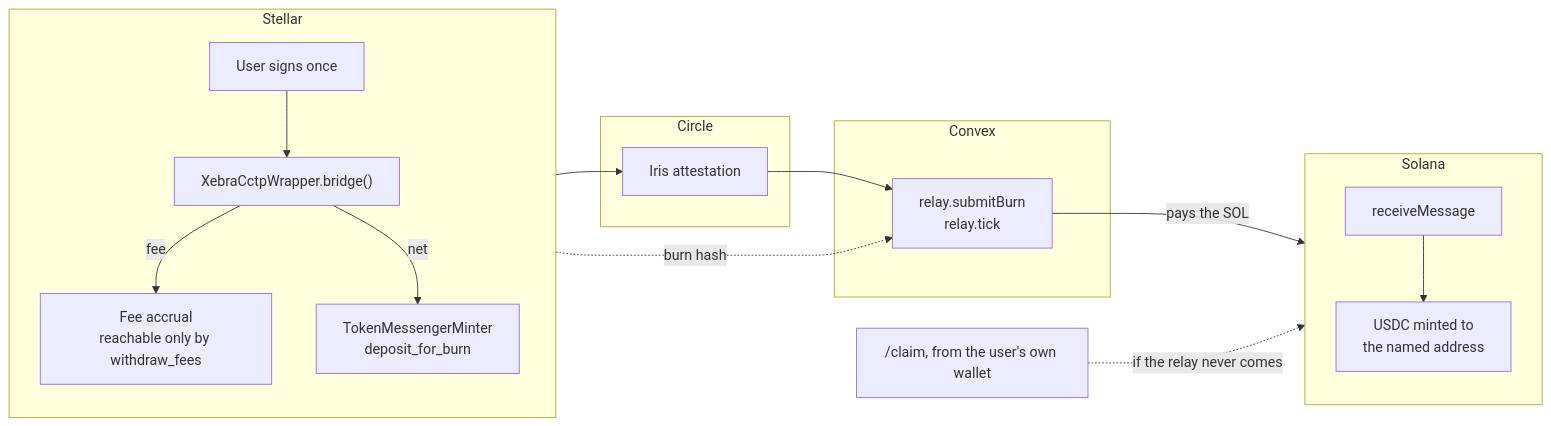
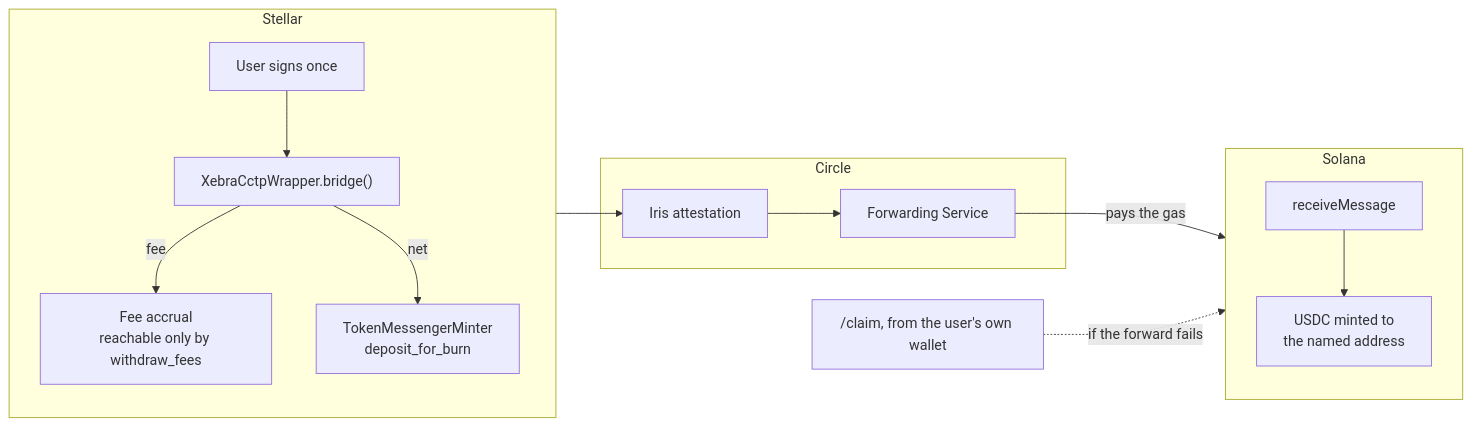
The diagram in README.md (drydocs/xebra), drawn with Mermaid before and after one commit. The commit also changed other lines of this file and 85 other files, not shown here.

````diff
--- a/README.md
+++ b/README.md
@@ -35,36 +39,32 @@
 ```mermaid
 flowchart LR
   subgraph stellar["Stellar"]
     direction TB
     user["User signs once"]
     wrapper["XebraCctpWrapper.bridge()"]
     fees["Fee accrual<br/>reachable only by withdraw_fees"]
     burn["TokenMessengerMinter<br/>deposit_for_burn"]
   end
 
   subgraph circle["Circle"]
     iris["Iris attestation"]
-  end
-
-  subgraph convex["Convex"]
-    relay["relay.submitBurn<br/>relay.tick"]
+    forwarder["Forwarding Service"]
   end
 
   subgraph solana["Solana"]
     direction TB
     receive["receiveMessage"]
     minted["USDC minted to<br/>the named address"]
   end
 
   claim["/claim, from the user's own wallet"]
 
   user --> wrapper
   wrapper -- "fee" --> fees
   wrapper -- "net" --> burn
   burn --> iris
-  burn -. "burn hash" .-> relay
-  iris --> relay
-  relay -- "pays the SOL" --> receive
+  iris --> forwarder
+  forwarder -- "pays the gas" --> receive
   receive --> minted
-  claim -. "if the relay never comes" .-> receive
+  claim -. "if the forward fails" .-> receive
 ```
````
